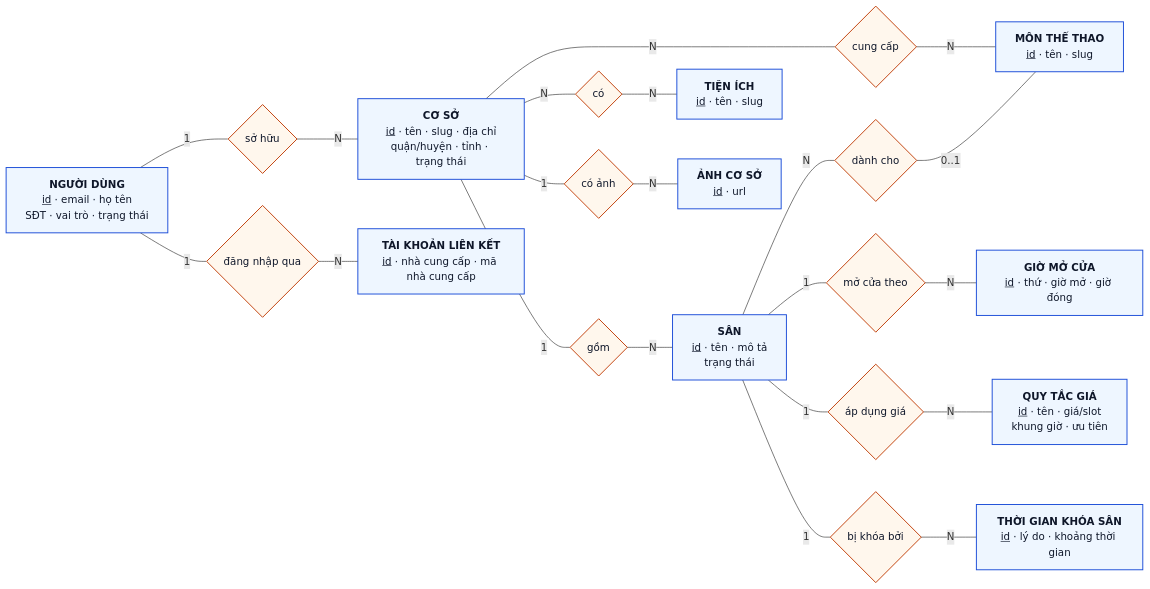
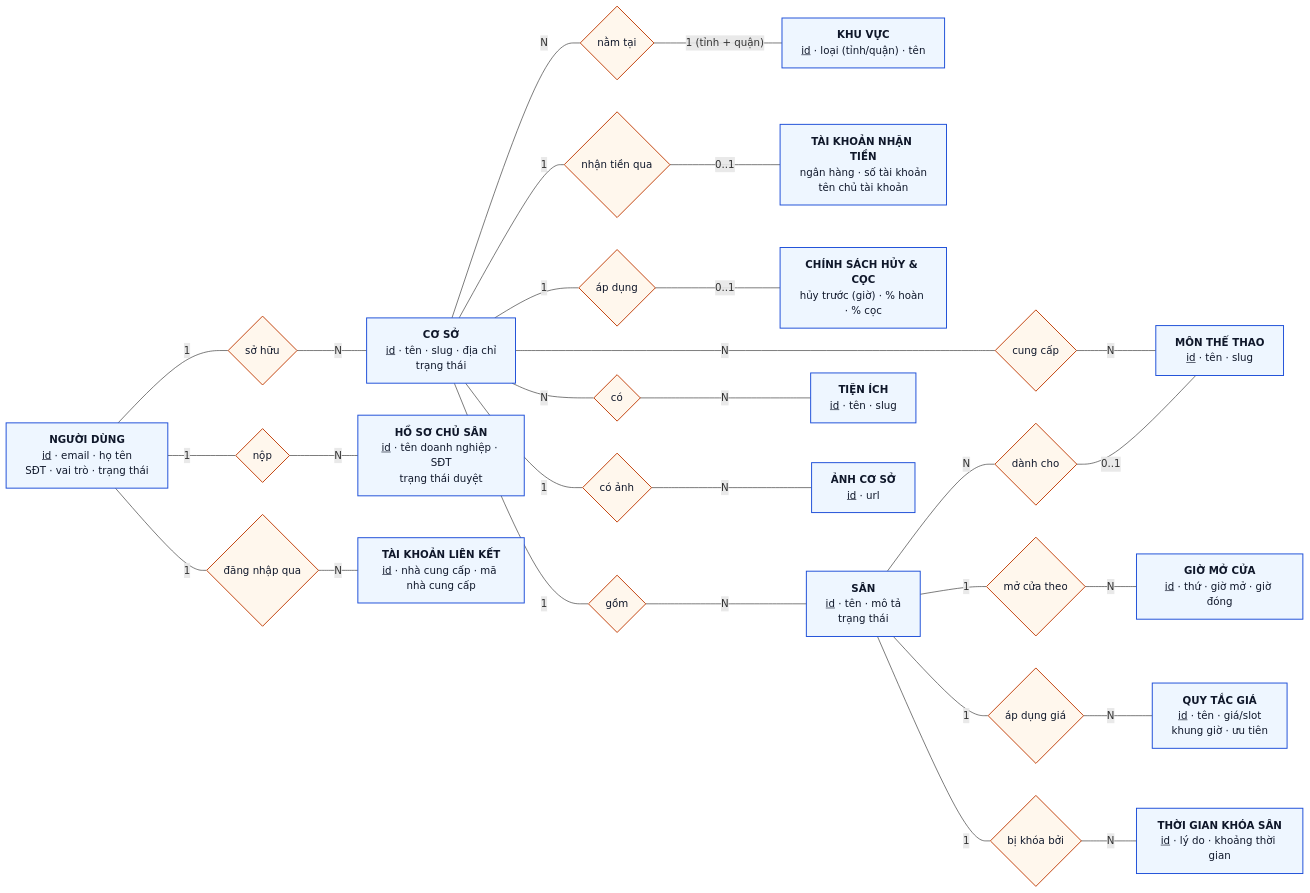
One commit to TuyenTran205/bookSportsCourt changed the first of 4 diagrams in docs/04-database-schema.md. Above: the diagram before and after it, drawn with Mermaid. The commit also changed other lines of this file and 12 other files, not shown here.

````diff
--- a/docs/04-database-schema.md
+++ b/docs/04-database-schema.md
@@ -32,38 +32,50 @@
 ```mermaid
 flowchart LR
     classDef entity fill:#eef6ff,stroke:#1d4ed8,stroke-width:1.5px,color:#0f172a;
     classDef rel fill:#fff7ed,stroke:#c2410c,stroke-width:1.5px,color:#0f172a;
 
     USER["<b>NGƯỜI DÙNG</b><br/><u>id</u> · email · họ tên<br/>SĐT · vai trò · trạng thái"]:::entity
-    VENUE["<b>CƠ SỞ</b><br/><u>id</u> · tên · slug · địa chỉ<br/>quận/huyện · tỉnh · trạng thái"]:::entity
+    VENUE["<b>CƠ SỞ</b><br/><u>id</u> · tên · slug · địa chỉ<br/>trạng thái"]:::entity
+    AREA["<b>KHU VỰC</b><br/><u>id</u> · loại (tỉnh/quận) · tên"]:::entity
+    APP["<b>HỒ SƠ CHỦ SÂN</b><br/><u>id</u> · tên doanh nghiệp · SĐT<br/>trạng thái duyệt"]:::entity
+    BANK["<b>TÀI KHOẢN NHẬN TIỀN</b><br/>ngân hàng · số tài khoản<br/>tên chủ tài khoản"]:::entity
+    POLICY["<b>CHÍNH SÁCH HỦY & CỌC</b><br/>hủy trước (giờ) · % hoàn · % cọc"]:::entity
     COURT["<b>SÂN</b><br/><u>id</u> · tên · mô tả<br/>trạng thái"]:::entity
     SPORT["<b>MÔN THỂ THAO</b><br/><u>id</u> · tên · slug"]:::entity
     AMEN["<b>TIỆN ÍCH</b><br/><u>id</u> · tên · slug"]:::entity
     IMG["<b>ẢNH CƠ SỞ</b><br/><u>id</u> · url"]:::entity
     OH["<b>GIỜ MỞ CỬA</b><br/><u>id</u> · thứ · giờ mở · giờ đóng"]:::entity
     PR["<b>QUY TẮC GIÁ</b><br/><u>id</u> · tên · giá/slot<br/>khung giờ · ưu tiên"]:::entity
     BO["<b>THỜI GIAN KHÓA SÂN</b><br/><u>id</u> · lý do · khoảng thời gian"]:::entity
     OAUTH["<b>TÀI KHOẢN LIÊN KẾT</b><br/><u>id</u> · nhà cung cấp · mã nhà cung cấp"]:::entity
 
     R_OWN{"sở hữu"}:::rel
     R_CON{"gồm"}:::rel
     R_IMG{"có ảnh"}:::rel
     R_OFF{"cung cấp"}:::rel
     R_PRO{"có"}:::rel
     R_FOR{"dành cho"}:::rel
     R_OH{"mở cửa theo"}:::rel
     R_PR{"áp dụng giá"}:::rel
     R_BO{"bị khóa bởi"}:::rel
     R_LNK{"đăng nhập qua"}:::rel
+    R_APP{"nộp"}:::rel
+    R_LOC{"nằm tại"}:::rel
+    R_BANK{"nhận tiền qua"}:::rel
+    R_POL{"áp dụng"}:::rel
 
     USER ---|1| R_OWN ---|N| VENUE
     VENUE ---|1| R_CON ---|N| COURT
     VENUE ---|1| R_IMG ---|N| IMG
     VENUE ---|N| R_OFF ---|N| SPORT
     VENUE ---|N| R_PRO ---|N| AMEN
     COURT ---|N| R_FOR ---|"0..1"| SPORT
     COURT ---|1| R_OH ---|N| OH
     COURT ---|1| R_PR ---|N| PR
     COURT ---|1| R_BO ---|N| BO
     USER ---|1| R_LNK ---|N| OAUTH
+    USER ---|1| R_APP ---|N| APP
+    VENUE ---|N| R_LOC ---|"1 (tỉnh + quận)"| AREA
+    VENUE ---|1| R_BANK ---|"0..1"| BANK
+    VENUE ---|1| R_POL ---|"0..1"| POLICY
 ```
````
